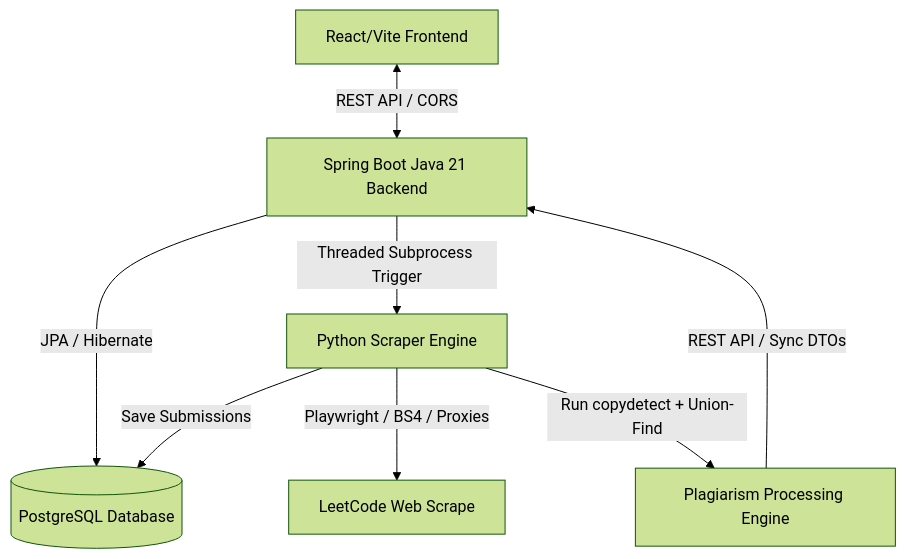
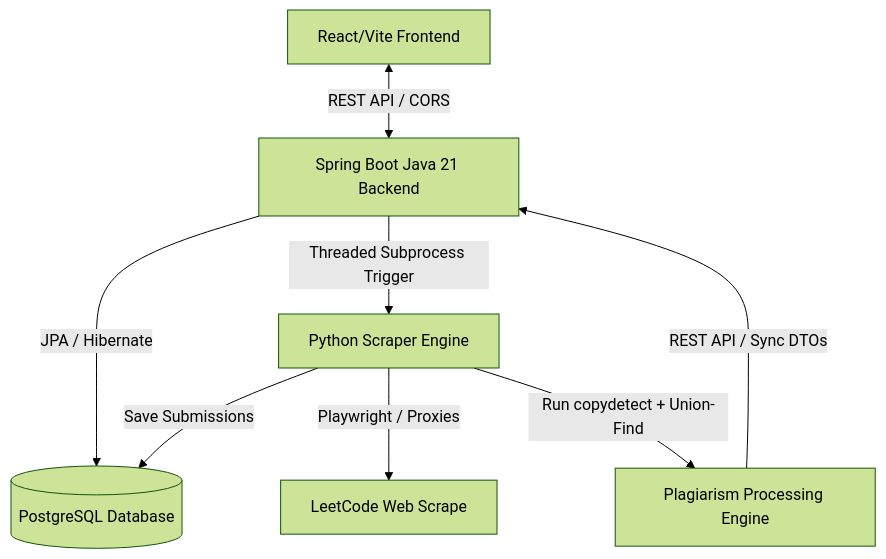
One commit to singlakasturi/Pro changed the diagram in README.md. Above: the diagram before and after it, drawn with Mermaid (forest theme).

Commit message:
Readme update

````diff
--- a/README.md
+++ b/README.md
@@ -48,10 +48,10 @@
 ```mermaid
 graph TD
     A[React/Vite Frontend] <-->|REST API / CORS| B[Spring Boot Java 21 Backend]
     B -->|JPA / Hibernate| C[(PostgreSQL Database)]
     B -->|Threaded Subprocess Trigger| D[Python Scraper Engine]
-    D -->|Playwright / BS4 / Proxies| E[LeetCode Web Scrape]
+    D -->|Playwright / Proxies| E[LeetCode Web Scrape]
     D -->|Save Submissions| C
     D -->|Run copydetect + Union-Find| F[Plagiarism Processing Engine]
     F -->|REST API / Sync DTOs| B
 ```
````
